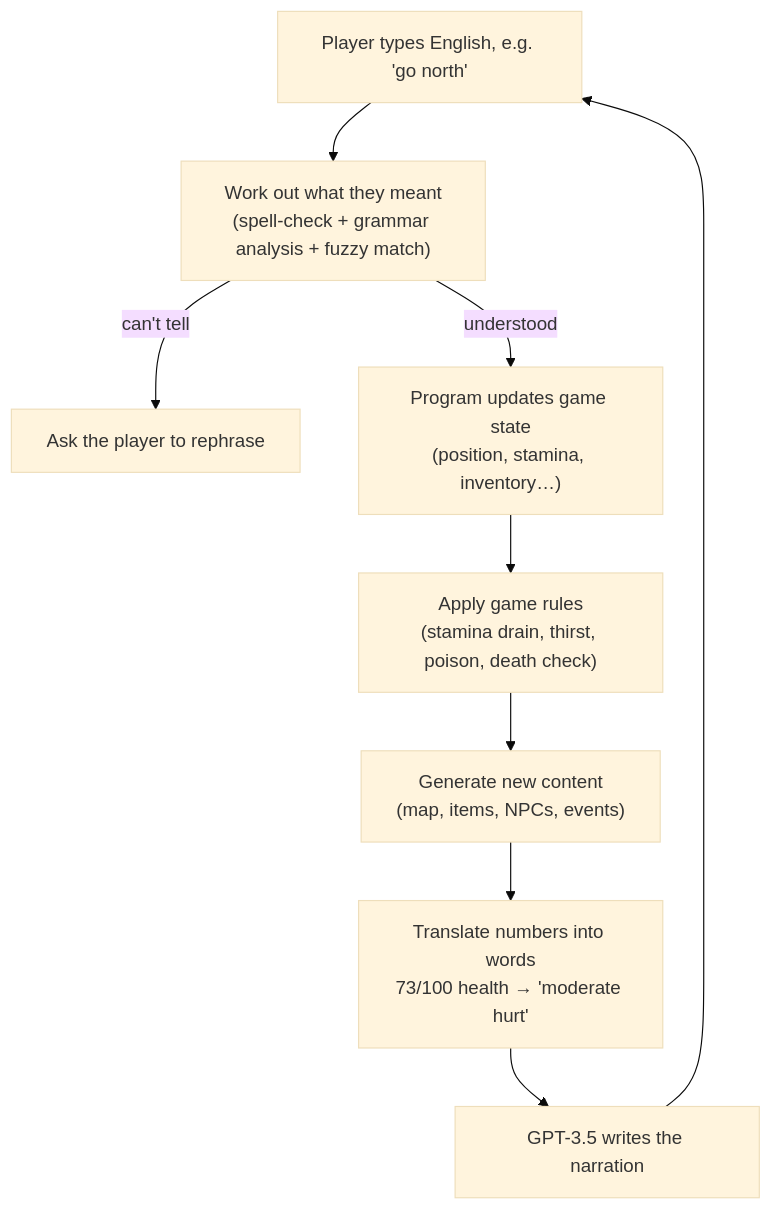
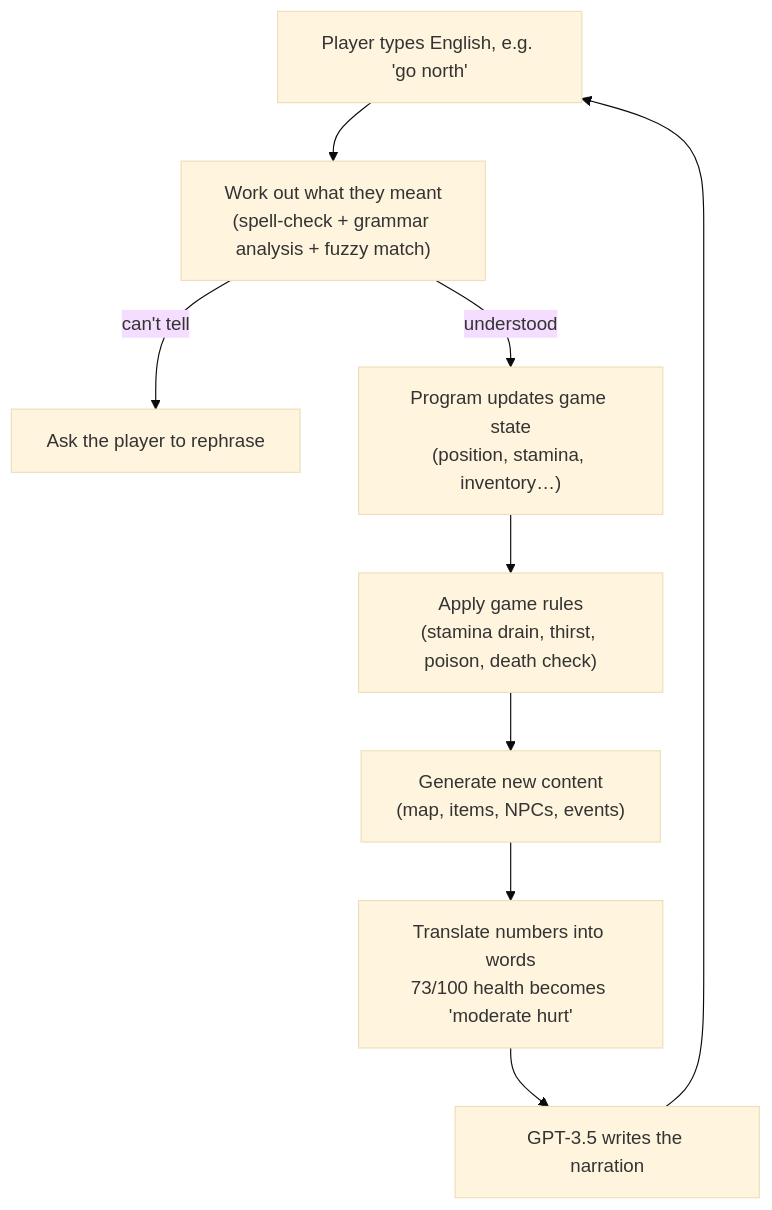
The diagram in README.md (keepOrCounter/Third_year_project_IFadGame), drawn with Mermaid (base theme) before and after one commit. The commit also changed other lines of this file and 4 other files, not shown here.

````diff
--- a/README.md
+++ b/README.md
@@ -97,11 +95,11 @@
 ```mermaid
 flowchart TD
     A["Player types English, e.g. 'go north'"] --> B["Work out what they meant<br/>(spell-check + grammar analysis + fuzzy match)"]
     B -->|"can't tell"| Z["Ask the player to rephrase"]
     B -->|"understood"| C["Program updates game state<br/>(position, stamina, inventory…)"]
     C --> D["Apply game rules<br/>(stamina drain, thirst, poison, death check)"]
     D --> E["Generate new content<br/>(map, items, NPCs, events)"]
-    E --> F["Translate numbers into words<br/>73/100 health → 'moderate hurt'"]
+    E --> F["Translate numbers into words<br/>73/100 health becomes 'moderate hurt'"]
     F --> G["GPT-3.5 writes the narration"]
     G --> A
 ```
````
